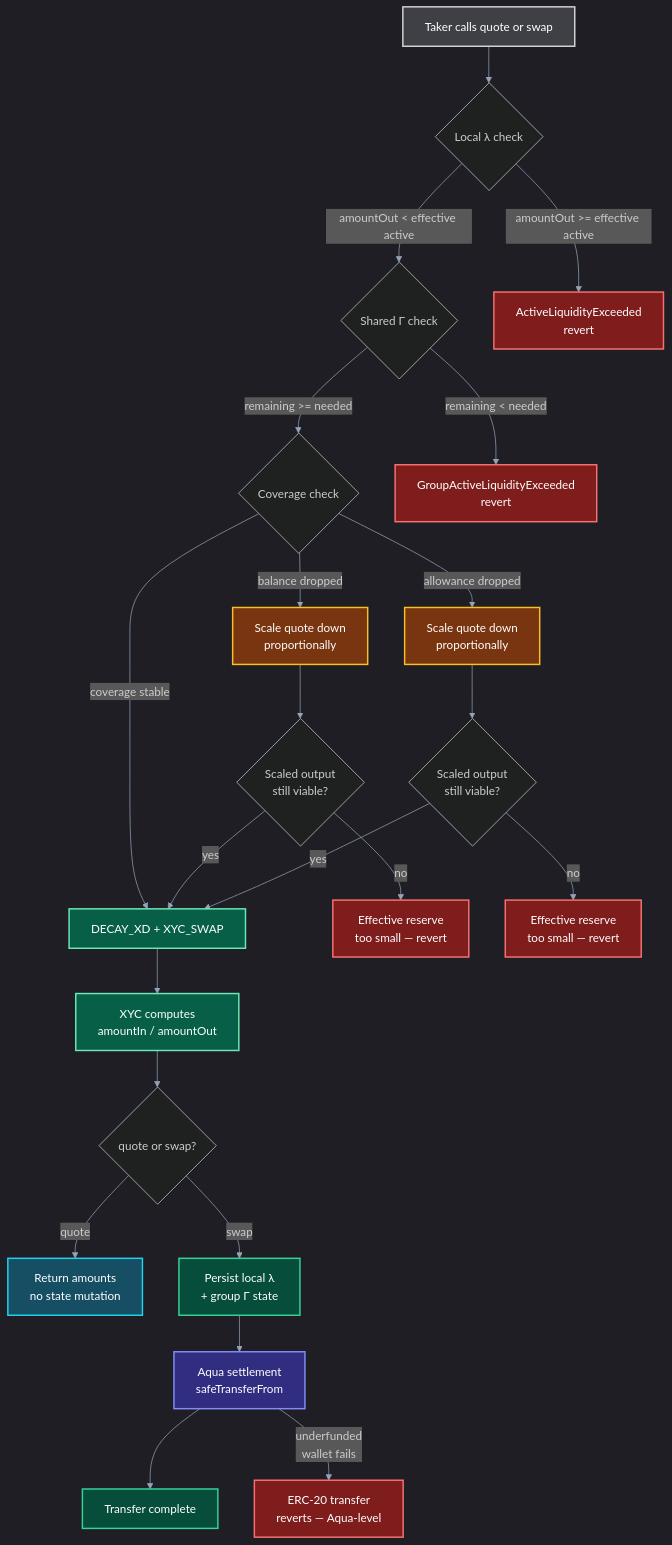
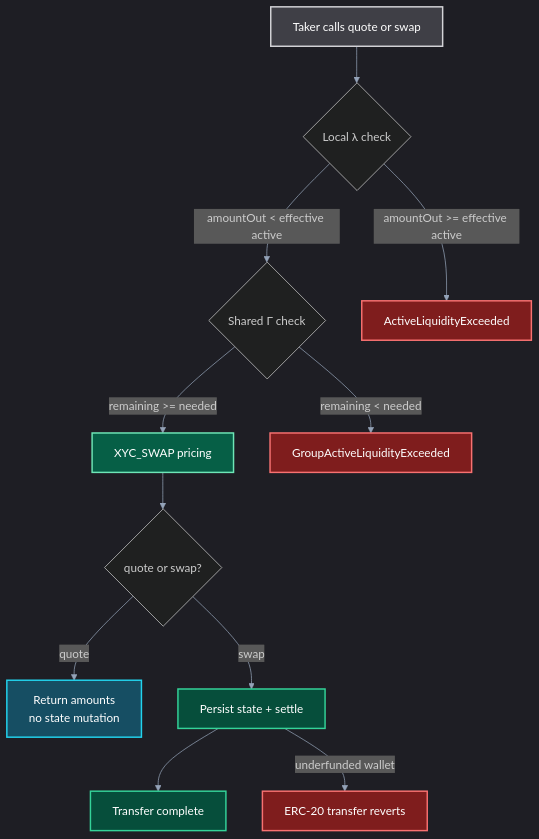
Before and after one commit to angelphoon7/online2026: the diagram in docs/diagrams/04_failure_paths.mmd, drawn with Mermaid. The commit also changed 32 other files, not shown here.

```diff
--- a/docs/diagrams/04_failure_paths.mmd
+++ b/docs/diagrams/04_failure_paths.mmd
@@ -1,52 +1,35 @@
 %%{init: {
   "theme": "dark",
   "themeVariables": {
     "background": "#0b0f14",
     "primaryColor": "#1f2937",
     "primaryTextColor": "#f8fafc",
     "primaryBorderColor": "#64748b",
     "lineColor": "#94a3b8",
     "secondaryColor": "#111827",
     "tertiaryColor": "#0f172a",
     "fontFamily": "Inter, ui-sans-serif, system-ui, sans-serif"
   }
 }}%%
 flowchart TD
     START[Taker calls quote or swap]:::user --> LOCAL{Local λ check}
 
     LOCAL -->|amountOut < effective active| GAMMA{Shared Γ check}
-    LOCAL -->|amountOut >= effective active| F1[ActiveLiquidityExceeded<br/>revert]:::risk
+    LOCAL -->|amountOut >= effective active| F1[ActiveLiquidityExceeded]:::risk
 
-    GAMMA -->|remaining >= needed| COV{Coverage check}
-    GAMMA -->|remaining < needed| F2[GroupActiveLiquidityExceeded<br/>revert]:::risk
+    GAMMA -->|remaining >= needed| XYC[XYC_SWAP pricing]:::swapvm
+    GAMMA -->|remaining < needed| F2[GroupActiveLiquidityExceeded]:::risk
 
-    COV -->|coverage stable| DECAY[DECAY_XD + XYC_SWAP]:::swapvm
-    COV -->|balance dropped| SHRINK_B[Scale quote down<br/>proportionally]:::warn
-    COV -->|allowance dropped| SHRINK_A[Scale quote down<br/>proportionally]:::warn
+    XYC --> ISQUOTE{quote or swap?}
+    ISQUOTE -->|quote| RETURN[Return amounts<br/>no state mutation]:::data
+    ISQUOTE -->|swap| PERSIST[Persist state + settle]:::core
 
-    SHRINK_B --> RECHECK_B{Scaled output<br/>still viable?}
-    SHRINK_A --> RECHECK_A{Scaled output<br/>still viable?}
-
-    RECHECK_B -->|yes| DECAY
-    RECHECK_B -->|no| F3[Effective reserve<br/>too small — revert]:::risk
-    RECHECK_A -->|yes| DECAY
-    RECHECK_A -->|no| F4[Effective reserve<br/>too small — revert]:::risk
-
-    DECAY --> PRICING[XYC computes<br/>amountIn / amountOut]:::swapvm
-
-    PRICING --> ISQUOTE{quote or swap?}
-    ISQUOTE -->|quote| RETURN[Return amounts<br/>no state mutation]:::data
-    ISQUOTE -->|swap| PERSIST[Persist local λ<br/>+ group Γ state]:::core
-
-    PERSIST --> SETTLE[Aqua settlement<br/>safeTransferFrom]:::sponsor
-    SETTLE --> SUCCESS[Transfer complete]:::core
-
-    SETTLE -->|underfunded<br/>wallet fails| F5[ERC-20 transfer<br/>reverts — Aqua-level]:::risk
+    PERSIST --> SUCCESS[Transfer complete]:::core
+    PERSIST -->|underfunded wallet| F3[ERC-20 transfer reverts]:::risk
 
     classDef sponsor fill:#312e81,stroke:#818cf8,color:#ffffff,stroke-width:2px;
     classDef core fill:#064e3b,stroke:#34d399,color:#ffffff,stroke-width:2px;
     classDef swapvm fill:#065f46,stroke:#6ee7b7,color:#ffffff,stroke-width:2px;
     classDef risk fill:#7f1d1d,stroke:#f87171,color:#ffffff,stroke-width:2px;
     classDef data fill:#164e63,stroke:#22d3ee,color:#ffffff,stroke-width:2px;
     classDef user fill:#3f3f46,stroke:#d4d4d8,color:#ffffff,stroke-width:2px;
-    classDef warn fill:#78350f,stroke:#fbbf24,color:#ffffff,stroke-width:2px;
```
